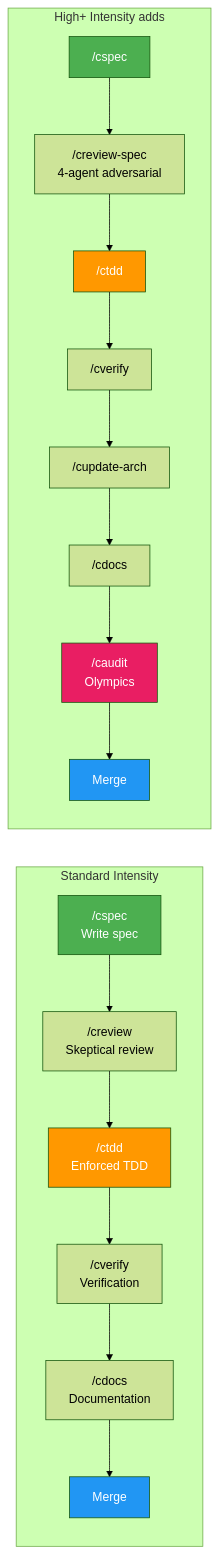
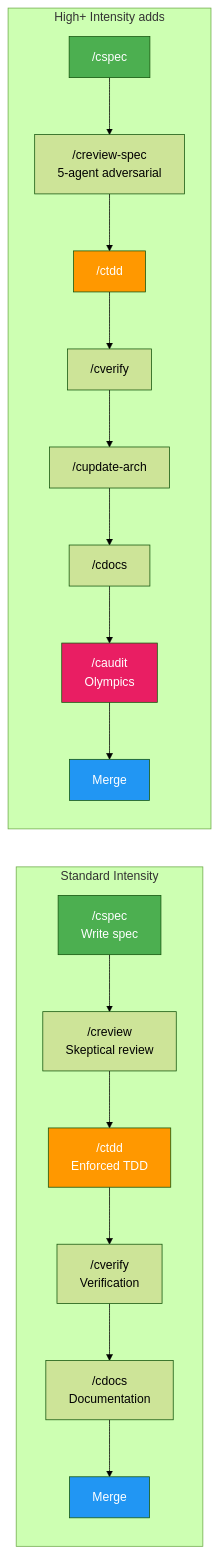
The first of 6 diagrams in docs/standard-workflow.md (joshft/correctless), drawn with Mermaid (forest theme) before and after one commit. The commit also changed other lines of this file and 21 other files, not shown here.

````diff
--- a/docs/standard-workflow.md
+++ b/docs/standard-workflow.md
@@ -11,28 +11,28 @@
 ```mermaid
 graph LR
     subgraph "Standard Intensity"
         S["/cspec<br>Write spec"] --> R["/creview<br>Skeptical review"]
         R --> T["/ctdd<br>Enforced TDD"]
         T --> V["/cverify<br>Verification"]
         V --> D["/cdocs<br>Documentation"]
         D --> M["Merge"]
     end
 
     subgraph "High+ Intensity adds"
-        S2["/cspec"] --> RS["/creview-spec<br>4-agent adversarial"]
+        S2["/cspec"] --> RS["/creview-spec<br>5-agent adversarial"]
         RS --> T2["/ctdd"]
         T2 --> V2["/cverify"]
         V2 --> A["/cupdate-arch"]
         A --> D2["/cdocs"]
         D2 --> AU["/caudit<br>Olympics"]
         AU --> M2["Merge"]
     end
 
     style S fill:#4caf50,color:#fff
     style T fill:#ff9800,color:#fff
     style M fill:#2196f3,color:#fff
     style S2 fill:#4caf50,color:#fff
     style T2 fill:#ff9800,color:#fff
     style AU fill:#e91e63,color:#fff
     style M2 fill:#2196f3,color:#fff
 ```
````
